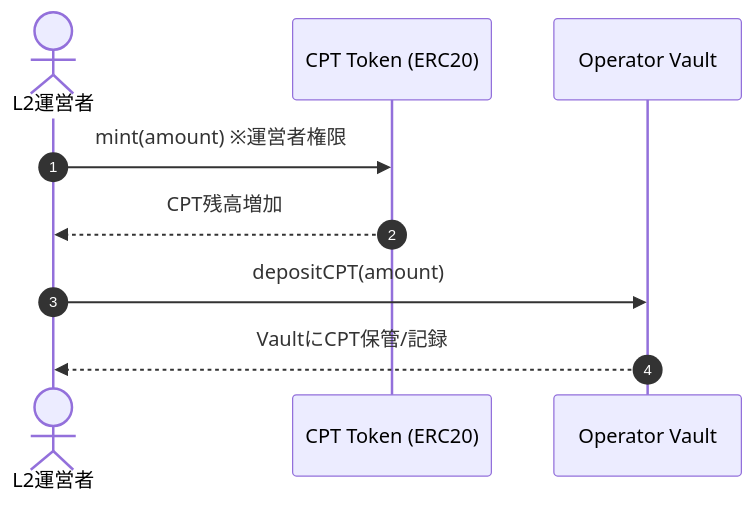
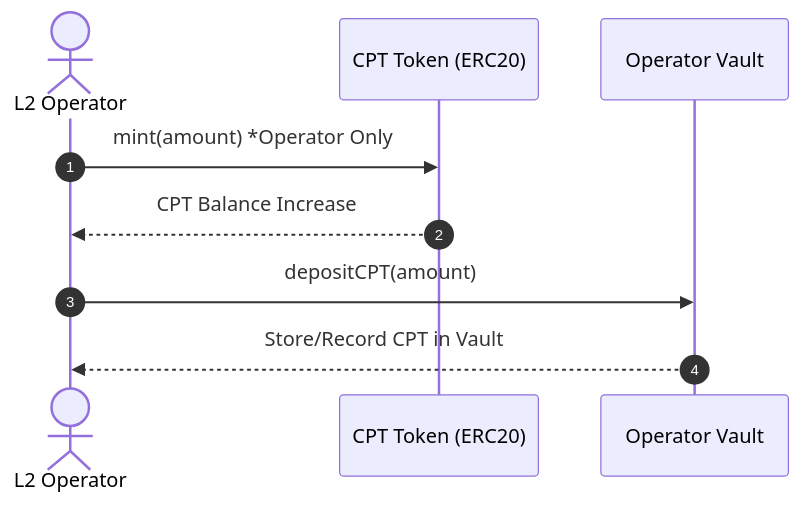
The fourth of 11 diagrams in README.md (mashharuki/hack-money-2026), drawn with Mermaid before and after one commit. The commit also changed other lines of this file and 4 other files, not shown here.

````diff
--- a/README.md
+++ b/README.md
@@ -417,12 +420,12 @@
 ```mermaid
 sequenceDiagram
   autonumber
-  actor Operator as L2運営者
+  actor Operator as L2 Operator
   participant CPT as CPT Token (ERC20)
   participant Vault as Operator Vault
 
-  Operator->>CPT: mint(amount) ※運営者権限
-  CPT-->>Operator: CPT残高増加
+  Operator->>CPT: mint(amount) *Operator Only
+  CPT-->>Operator: CPT Balance Increase
   Operator->>Vault: depositCPT(amount)
-  Vault-->>Operator: VaultにCPT保管/記録
+  Vault-->>Operator: Store/Record CPT in Vault
 ```
````
